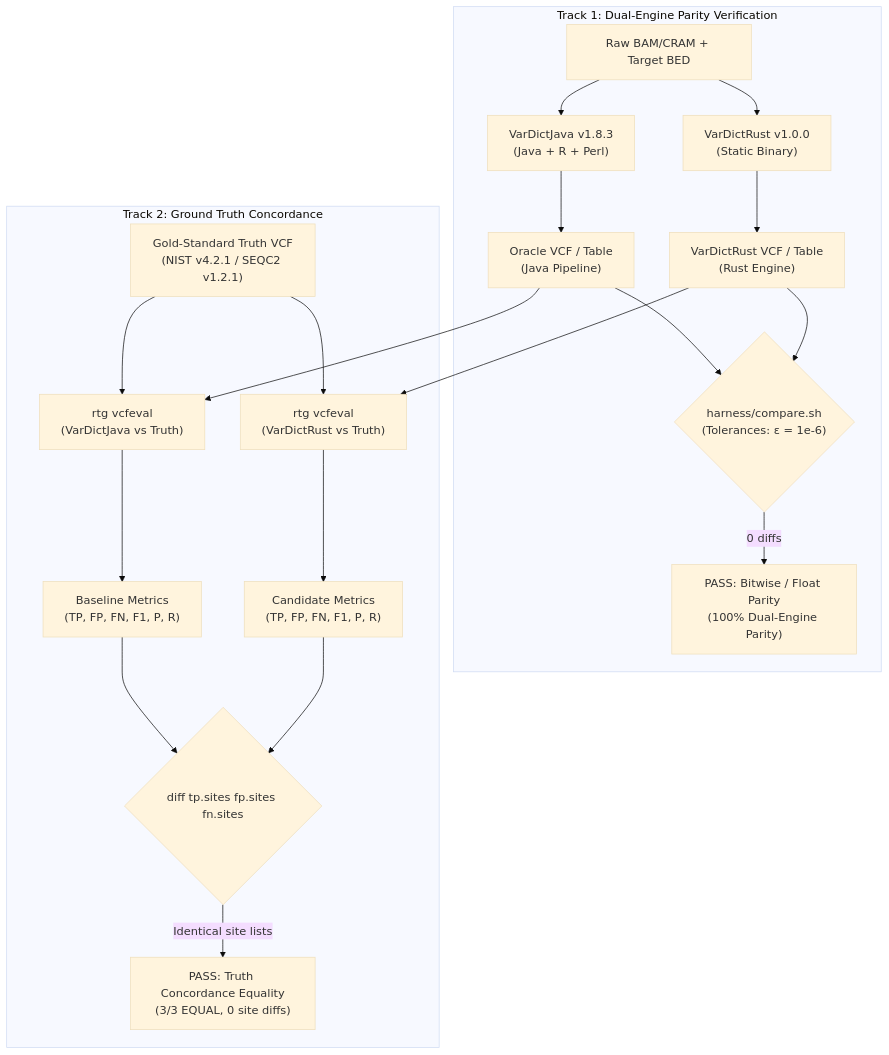
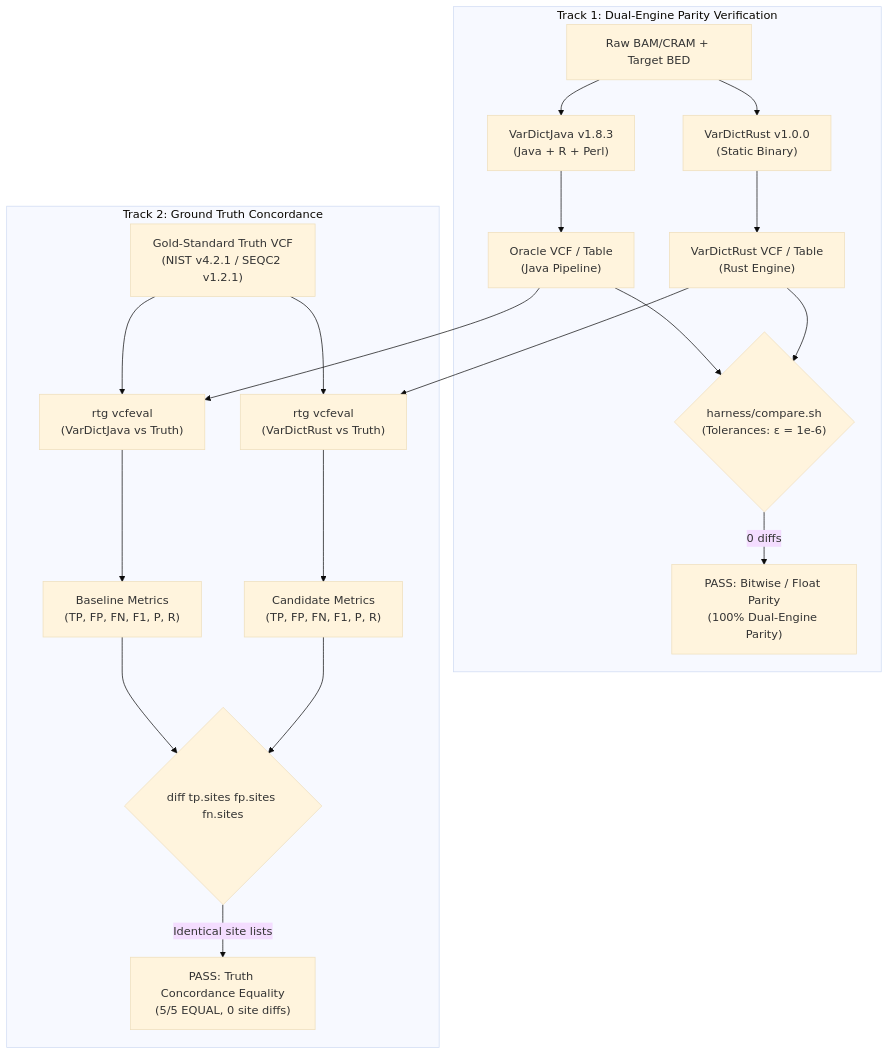
One commit to palakpsheth/VarDictRust changed the diagram in docs/validation/omnibus-empirical-validation.md. Above: the diagram before and after it, drawn with Mermaid (base theme). The commit also changed other lines of this file and 9 other files, not shown here.

````diff
--- a/docs/validation/omnibus-empirical-validation.md
+++ b/docs/validation/omnibus-empirical-validation.md
@@ -49,24 +49,24 @@
 ```mermaid
 flowchart TD
     subgraph Track1 ["Track 1: Dual-Engine Parity Verification"]
         D1["Raw BAM/CRAM + Target BED"] --> VDJ["VarDictJava v1.8.3\n(Java + R + Perl)"]
         D1 --> VDR["VarDictRust v1.0.0\n(Static Binary)"]
         VDJ --> VCF_J["Oracle VCF / Table\n(Java Pipeline)"]
         VDR --> VCF_R["VarDictRust VCF / Table\n(Rust Engine)"]
         VCF_J --> CMP{"harness/compare.sh\n(Tolerances: ε = 1e-6)"}
         VCF_R --> CMP
         CMP -->|0 diffs| MATCH["PASS: Bitwise / Float Parity\n(100% Dual-Engine Parity)"]
     end
 
     subgraph Track2 ["Track 2: Ground Truth Concordance"]
         VCF_J --> RTG1["rtg vcfeval\n(VarDictJava vs Truth)"]
         VCF_R --> RTG2["rtg vcfeval\n(VarDictRust vs Truth)"]
         TRUTH["Gold-Standard Truth VCF\n(NIST v4.2.1 / SEQC2 v1.2.1)"] --> RTG1
         TRUTH --> RTG2
         RTG1 --> MET_J["Baseline Metrics\n(TP, FP, FN, F1, P, R)"]
         RTG2 --> MET_R["Candidate Metrics\n(TP, FP, FN, F1, P, R)"]
         MET_J --> DIFF{"diff tp.sites fp.sites fn.sites"}
         MET_R --> DIFF
-        DIFF -->|Identical site lists| EQUAL["PASS: Truth Concordance Equality\n(3/3 EQUAL, 0 site diffs)"]
+        DIFF -->|Identical site lists| EQUAL["PASS: Truth Concordance Equality\n(5/5 EQUAL, 0 site diffs)"]
     end
 ```
````
